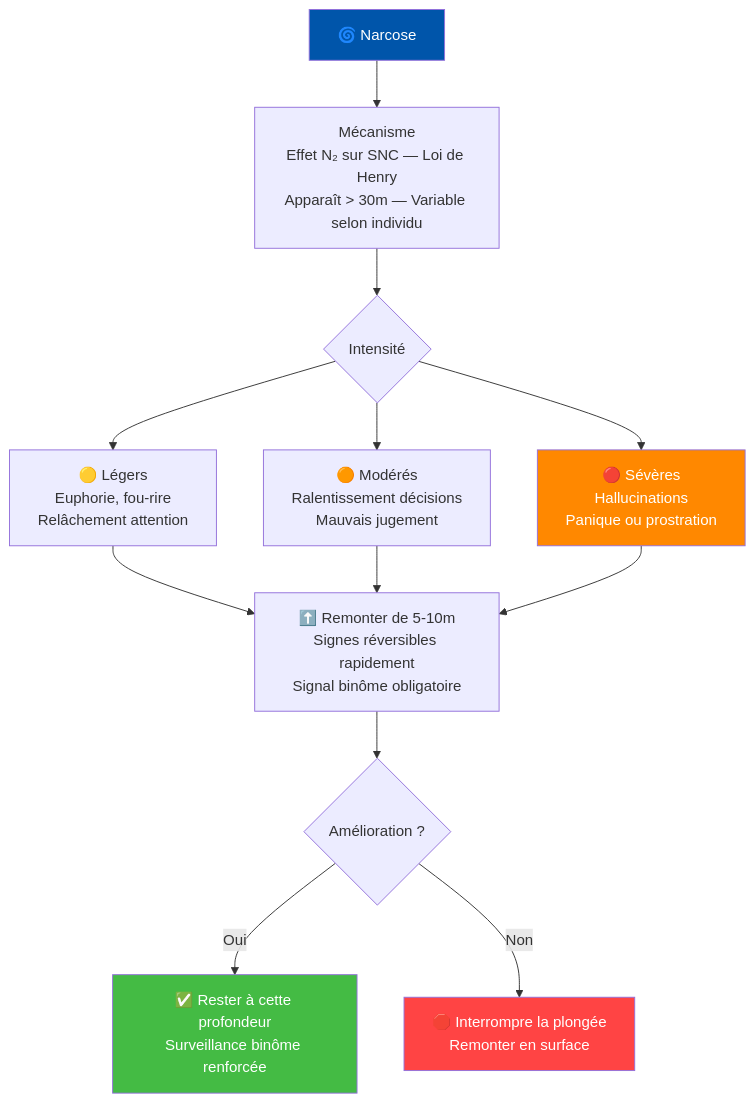
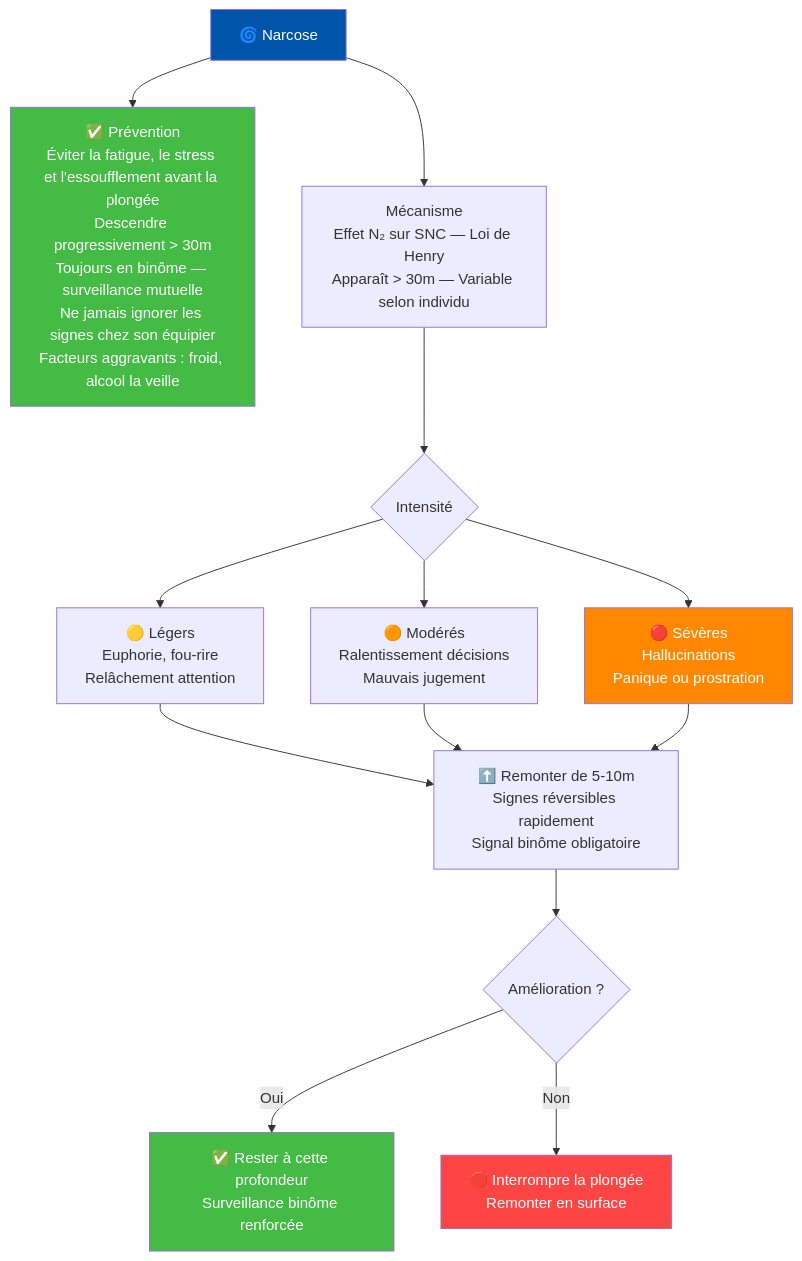
The third of 6 diagrams in prepa-n2/N2_Physiologie_Risques.md (thomasGuibert/plongee), drawn with Mermaid before and after one commit. The commit also changed other lines of this file, not shown here.

````diff
--- a/prepa-n2/N2_Physiologie_Risques.md
+++ b/prepa-n2/N2_Physiologie_Risques.md
@@ -76,18 +82,22 @@
 ```mermaid
 flowchart TD
     ROOT["🌀 Narcose"]
+
+    ROOT --> PREV["✅ Prévention<br>Éviter la fatigue, le stress et l'essoufflement avant la plongée<br>Descendre progressivement > 30m<br>Toujours en binôme — surveillance mutuelle<br>Ne jamais ignorer les signes chez son équipier<br>Facteurs aggravants : froid, alcool la veille"]
+
     ROOT --> NARC_M["Mécanisme<br>Effet N₂ sur SNC — Loi de Henry<br>Apparaît > 30m — Variable selon individu"]
     NARC_M --> NARC_S{Intensité}
     NARC_S --> NARC_L["🟡 Légers<br>Euphorie, fou-rire<br>Relâchement attention"]
     NARC_S --> NARC_MOD["🟠 Modérés<br>Ralentissement décisions<br>Mauvais jugement"]
     NARC_S --> NARC_SEV["🔴 Sévères<br>Hallucinations<br>Panique ou prostration"]
     NARC_L & NARC_MOD & NARC_SEV --> NARC_CT["⬆️ Remonter de 5-10m<br>Signes réversibles rapidement<br>Signal binôme obligatoire"]
     NARC_CT --> NARC_Q{Amélioration ?}
     NARC_Q -->|Oui| NARC_OK["✅ Rester à cette profondeur<br>Surveillance binôme renforcée"]
     NARC_Q -->|Non| NARC_KO["🛑 Interrompre la plongée<br>Remonter en surface"]
 
     style ROOT fill:#0055aa,color:#fff
+    style PREV fill:#44bb44,color:#fff
     style NARC_SEV fill:#ff8800,color:#fff
     style NARC_OK fill:#44bb44,color:#fff
     style NARC_KO fill:#ff4444,color:#fff
 ```
````
